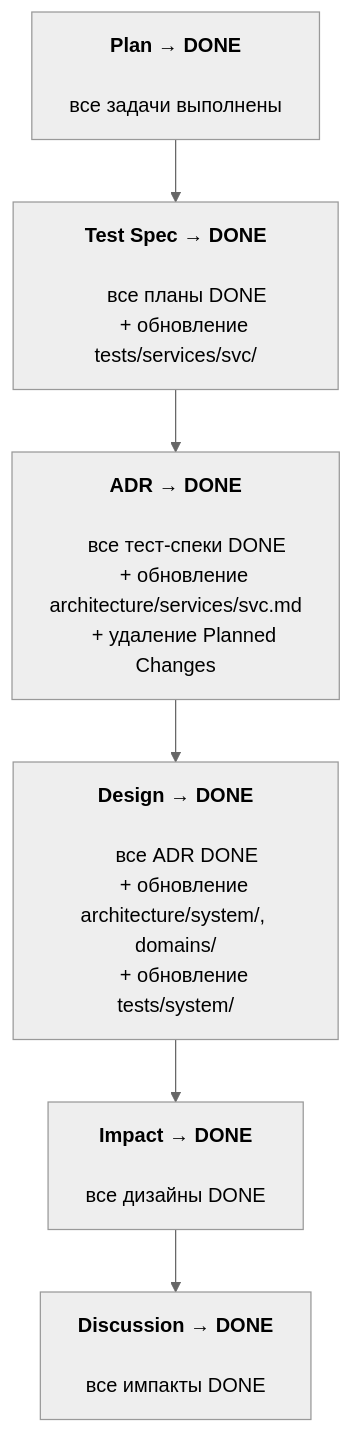
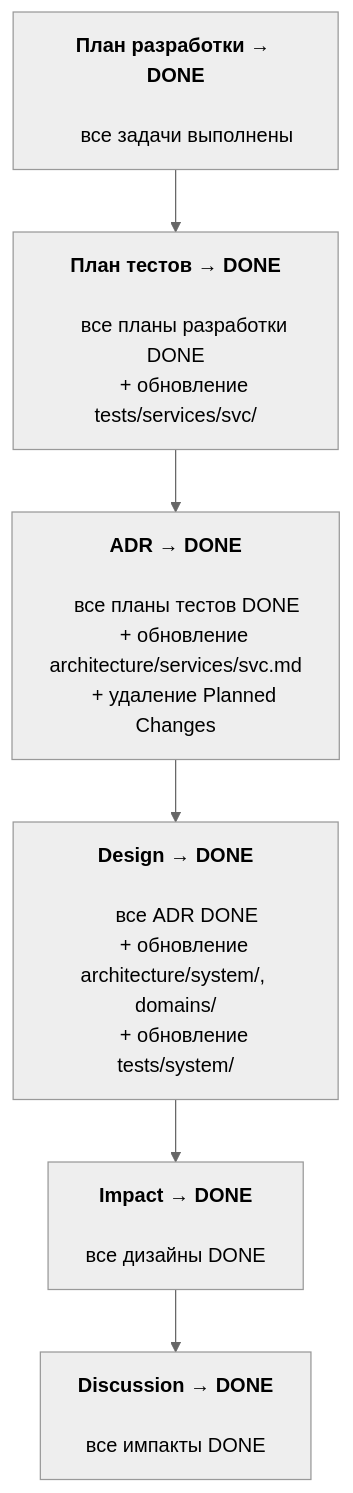
The second of 2 diagrams in specs/.instructions/standard-specs-reference.md (NSEvteev/FullSpec), drawn with Mermaid (neutral theme) before and after one commit. The commit also changed other lines of this file and 19 other files, not shown here.

````diff
--- a/specs/.instructions/standard-specs-reference.md
+++ b/specs/.instructions/standard-specs-reference.md
@@ -160,37 +160,37 @@
 ```mermaid
 graph TD
-    PD["<b>Plan → DONE</b>
+    PD["<b>План разработки → DONE</b>
 
     все задачи выполнены"]
 
-    TD["<b>Test Spec → DONE</b>
+    TD["<b>План тестов → DONE</b>
 
-    все планы DONE
+    все планы разработки DONE
     + обновление tests/services/svc/"]
 
     AD["<b>ADR → DONE</b>
 
-    все тест-спеки DONE
+    все планы тестов DONE
     + обновление architecture/services/svc.md
     + удаление Planned Changes"]
 
     DD["<b>Design → DONE</b>
 
     все ADR DONE
     + обновление architecture/system/, domains/
     + обновление tests/system/"]
 
     ID["<b>Impact → DONE</b>
 
     все дизайны DONE"]
 
     DISCD["<b>Discussion → DONE</b>
 
     все импакты DONE"]
 
     PD --> TD
     TD --> AD
     AD --> DD
     DD --> ID
     ID --> DISCD
 ```
````
